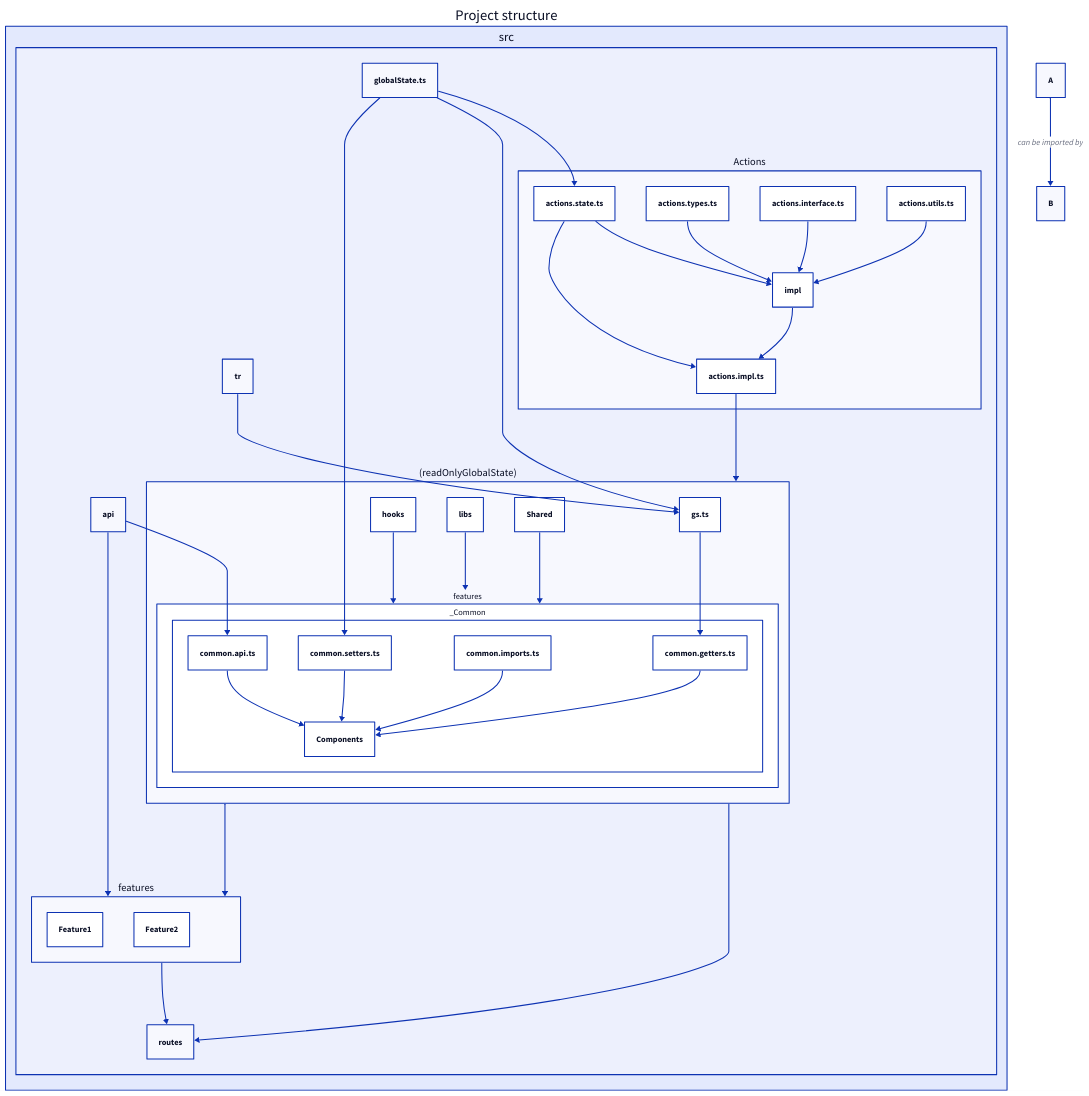
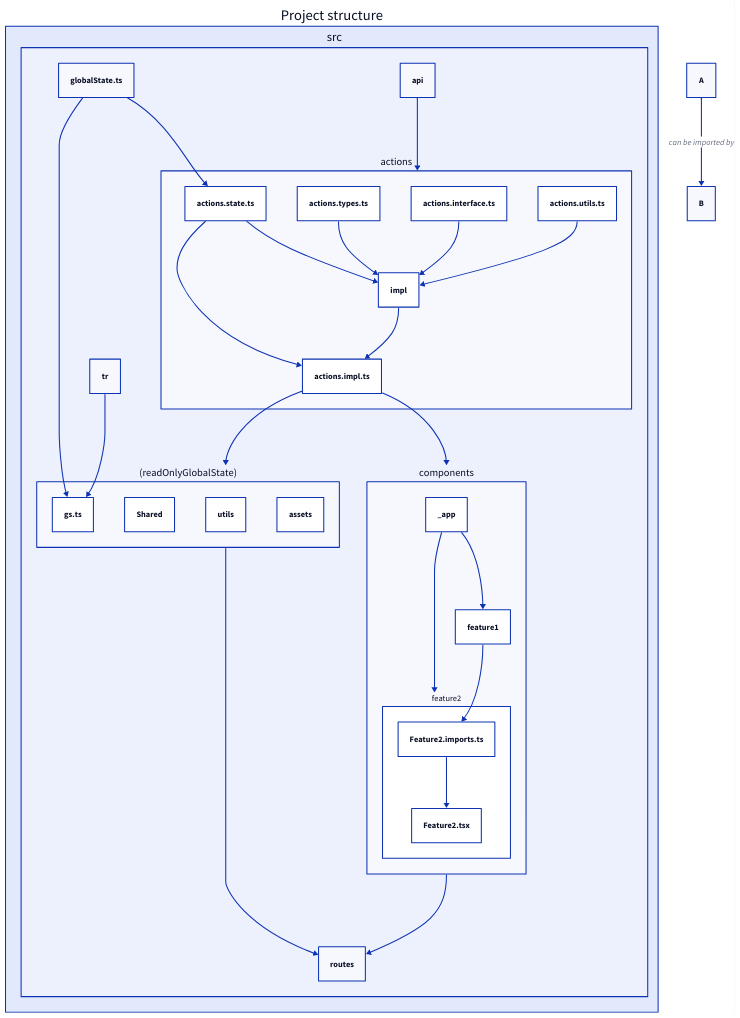
The diagram in Client/misc/d2/client_project_structure.d2 (nicolasventer/React-Project-Template), drawn with D2 before and after one commit. The commit also changed 116 other files, not shown here.

Commit message:
remove features + TableUtils

```diff
--- a/Client/misc/d2/client_project_structure.d2
+++ b/Client/misc/d2/client_project_structure.d2
@@ -1,66 +1,58 @@
 Project structure: {
   src: {
-    features: {
-      Feature1
-      Feature2
-    }
-    api
-    tr
+    
     "globalState.ts"
 
-    Actions {
+    actions: {
       "actions.state.ts"
       "actions.types.ts"
       "actions.interface.ts"
       "actions.utils.ts"
       "actions.impl.ts"
       impl
 
       "actions.types.ts" -> impl
       "actions.utils.ts" -> impl
       "actions.interface.ts" -> impl
       "actions.state.ts" -> impl
       "actions.state.ts" -> "actions.impl.ts"
       impl -> "actions.impl.ts"
     }
 
-    "(readOnlyGlobalState)": {
-      features: {
-        _Common: {
-          "common.imports.ts"
-          "common.getters.ts"
-          "common.setters.ts"
-          "common.api.ts"
-          Components
+    api
+    tr
 
-          "common.imports.ts" -> Components
-          "common.getters.ts" -> Components
-          "common.setters.ts" -> Components
-          "common.api.ts" -> Components
-        }
+    components: {
+      _app
+      feature1
+      feature2 {
+        "Feature2.imports.ts"
+        "Feature2.tsx"
+
+        "Feature2.imports.ts" -> "Feature2.tsx"
       }
-      "gs.ts"
-      hooks
-      libs
-      Shared
 
-      "gs.ts" -> features._Common."common.getters.ts"
-      Shared -> features
-      hooks -> features
-      libs -> features
+      _app -> feature1
+      _app -> feature2
+      feature1 -> feature2."Feature2.imports.ts"
     }
 
+    "(readOnlyGlobalState)": {
+      "gs.ts"
+      Shared
+      utils
+      assets
+    }
+
+    "globalState.ts" -> actions."actions.state.ts"
+    "globalState.ts" -> "(readOnlyGlobalState)"."gs.ts"
+    actions."actions.impl.ts" -> components
+    actions."actions.impl.ts" -> "(readOnlyGlobalState)"
+    api -> actions
     tr -> "(readOnlyGlobalState)"."gs.ts"
-    "globalState.ts" -> Actions."actions.state.ts"
-    Actions."actions.impl.ts" -> "(readOnlyGlobalState)"
-    "globalState.ts" -> "(readOnlyGlobalState)"."gs.ts"
-    "globalState.ts" -> "(readOnlyGlobalState)".features._Common."common.setters.ts"
-    api -> "(readOnlyGlobalState)".features._Common."common.api.ts"
     "(readOnlyGlobalState)" -> routes
-    "(readOnlyGlobalState)" -> features
-    api -> features
-    features -> routes
+    components -> routes
   }
 }
 
 A -> B: can be imported by
```
